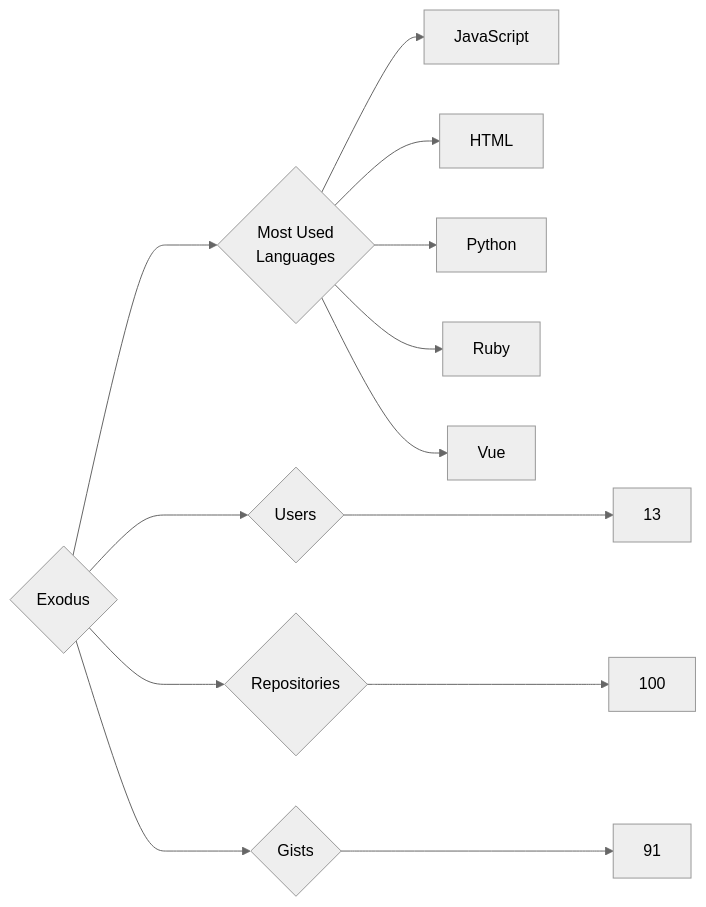
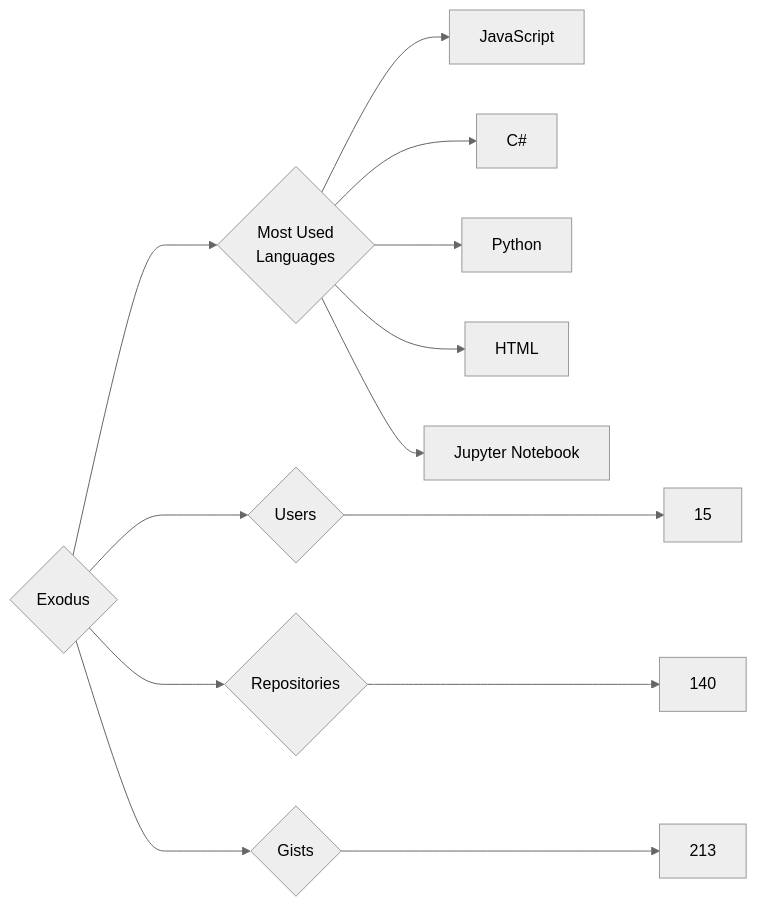
The diagram in targets/Exodus/README.md (trickest/insiders), drawn with Mermaid (neutral theme) before and after one commit. The commit also changed 757 other files, not shown here.

````diff
--- a/targets/Exodus/README.md
+++ b/targets/Exodus/README.md
@@ -3,13 +3,13 @@
 ```mermaid
 graph LR
 COMPANY_NAME{Exodus}
-COMPANY_NAME ---> U{Users} ---> UN[13]
-COMPANY_NAME ---> R{Repositories} ---> RN[100]
-COMPANY_NAME ---> G{Gists} ---> GN[91]
+COMPANY_NAME ---> U{Users} ---> UN[15]
+COMPANY_NAME ---> R{Repositories} ---> RN[140]
+COMPANY_NAME ---> G{Gists} ---> GN[213]
 COMPANY_NAME ---> ML{Most Used<br>Languages}
 ML --> JavaScript[JavaScript]
+ML --> C#[C#]
+ML --> Python[Python]
 ML --> HTML[HTML]
-ML --> Python[Python]
-ML --> Ruby[Ruby]
-ML --> Vue[Vue]
+ML --> Jupyter_Notebook[Jupyter Notebook]
 ```
````
